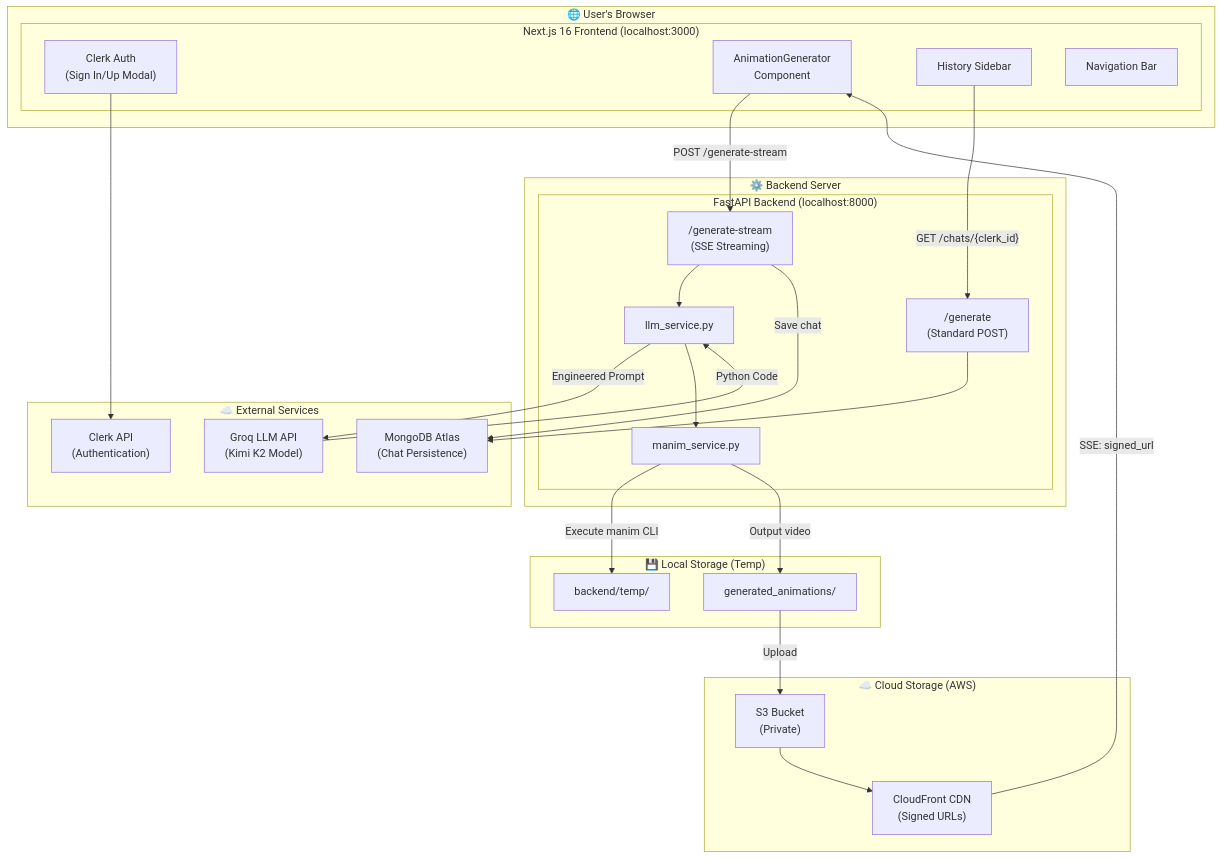
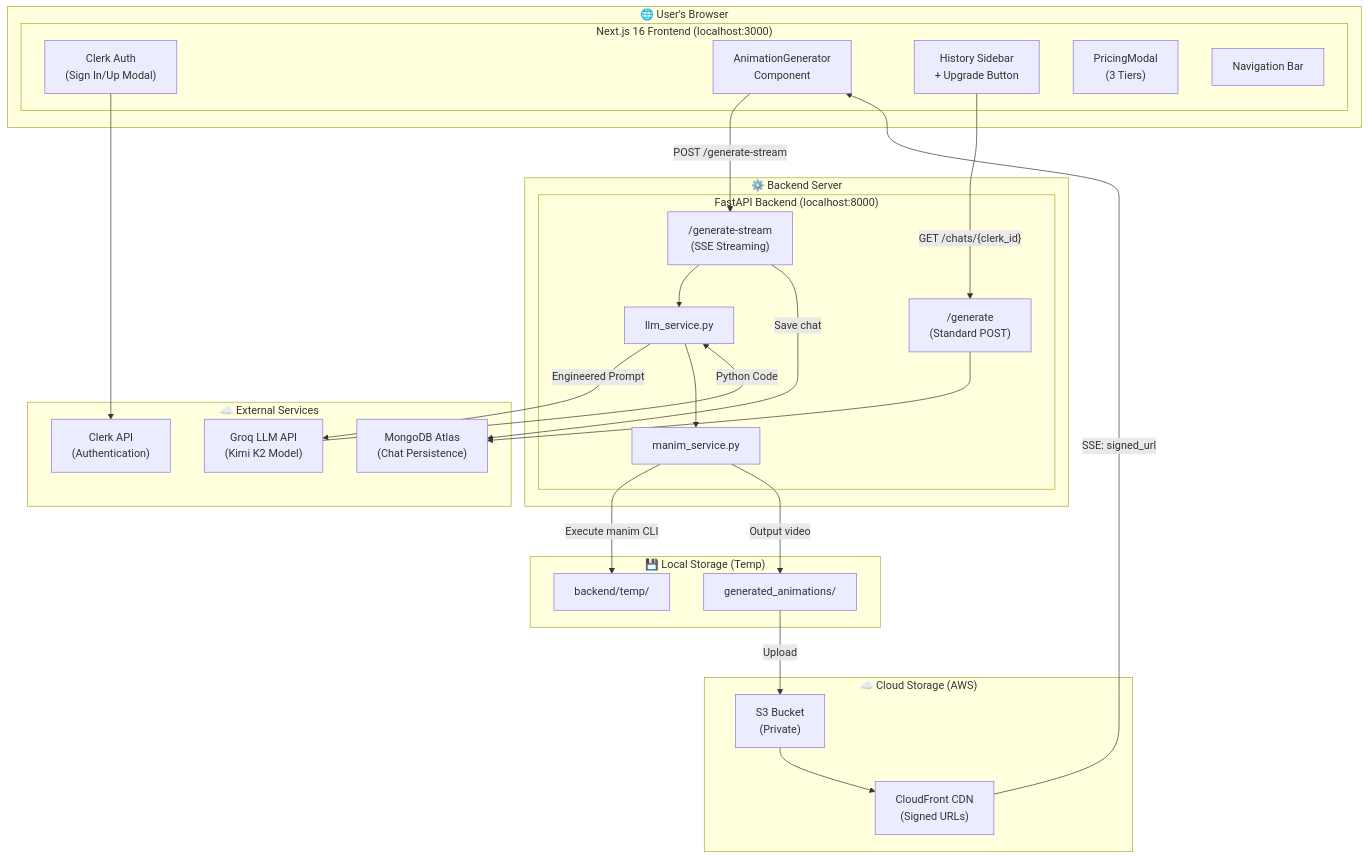
One commit to Aafimalek/prompt_to_animate changed the first of 3 diagrams in README.md. Above: the diagram before and after it, drawn with Mermaid. The commit also changed other lines of this file, not shown here.

Commit message:
feat: document pricing plans, upgrade button, and update video length details in README.

````diff
--- a/README.md
+++ b/README.md
@@ -67,51 +70,52 @@
 ```mermaid
 flowchart TB
     subgraph Browser["🌐 User's Browser"]
         subgraph Frontend["Next.js 16 Frontend (localhost:3000)"]
             Clerk["Clerk Auth<br/>(Sign In/Up Modal)"]
             UI["AnimationGenerator<br/>Component"]
-            Sidebar["History Sidebar"]
+            Sidebar["History Sidebar<br/>+ Upgrade Button"]
+            Pricing["PricingModal<br/>(3 Tiers)"]
             Navbar["Navigation Bar"]
         end
     end
     
     subgraph Server["⚙️ Backend Server"]
         subgraph FastAPI["FastAPI Backend (localhost:8000)"]
             API1["/generate<br/>(Standard POST)"]
             API2["/generate-stream<br/>(SSE Streaming)"]
             LLM["llm_service.py"]
             Manim["manim_service.py"]
         end
     end
     
     subgraph External["☁️ External Services"]
         Groq["Groq LLM API<br/>(Kimi K2 Model)"]
         ClerkAPI["Clerk API<br/>(Authentication)"]
         MongoDB["MongoDB Atlas<br/>(Chat Persistence)"]
     end
     
     subgraph Storage["☁️ Cloud Storage (AWS)"]
         S3["S3 Bucket<br/>(Private)"]
         CloudFront["CloudFront CDN<br/>(Signed URLs)"]
     end
     
     subgraph LocalStorage["💾 Local Storage (Temp)"]
         Videos["generated_animations/"]
         Temp["backend/temp/"]
     end
     
     Clerk --> ClerkAPI
     UI -->|"POST /generate-stream"| API2
     API2 --> LLM
     LLM -->|"Engineered Prompt"| Groq
     Groq -->|"Python Code"| LLM
     LLM --> Manim
     Manim -->|"Execute manim CLI"| Temp
     Manim -->|"Output video"| Videos
     Videos -->|"Upload"| S3
     S3 --> CloudFront
     CloudFront -->|"SSE: signed_url"| UI
     API2 -->|"Save chat"| MongoDB
     Sidebar -->|"GET /chats/{clerk_id}"| API1
     API1 --> MongoDB
 ```
````
